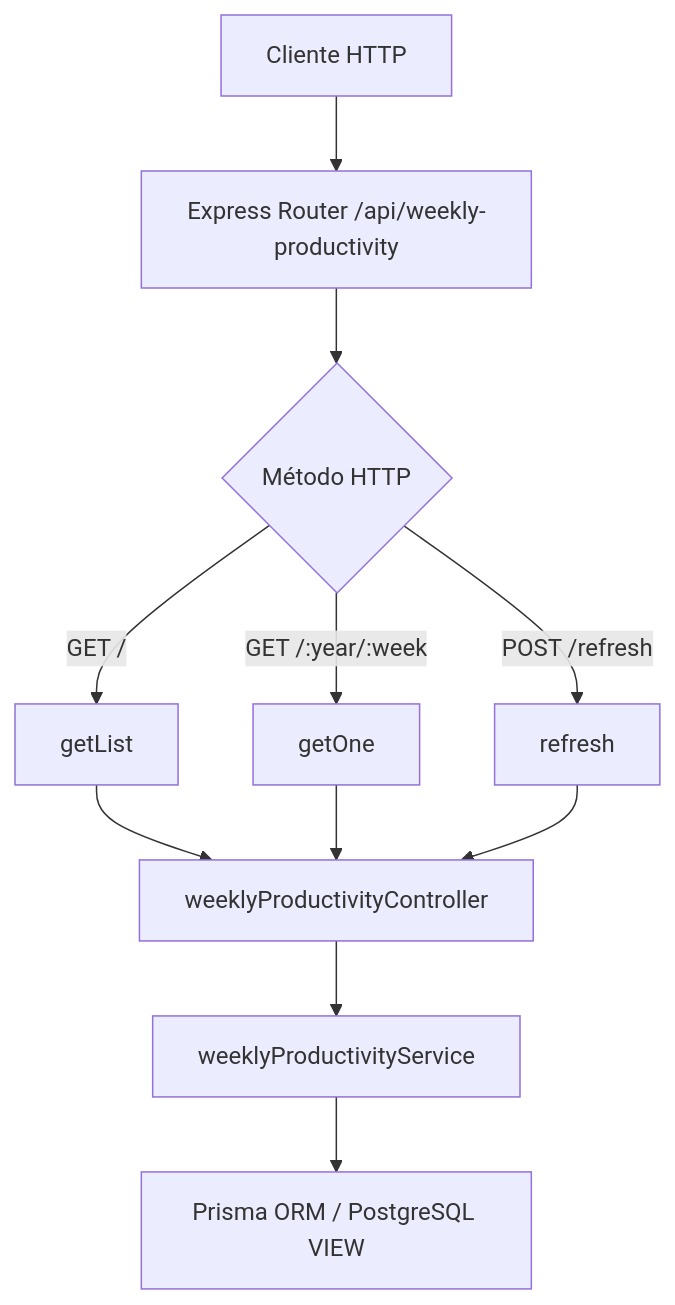
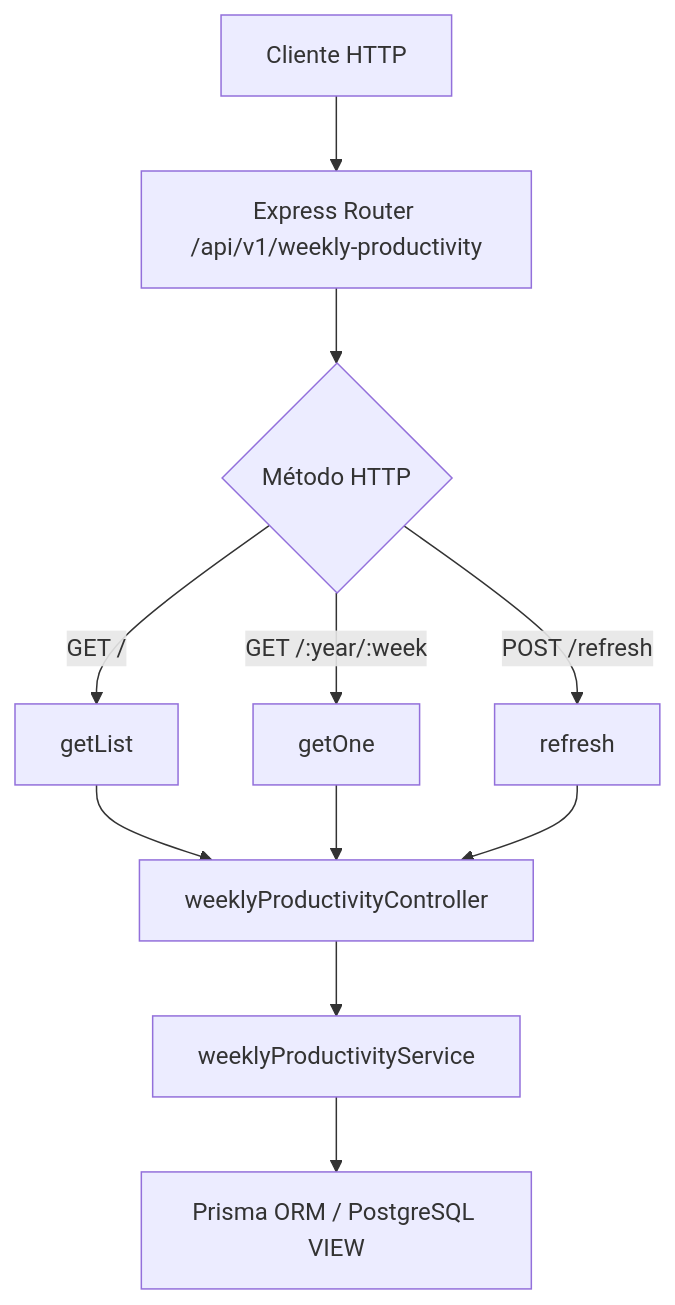
Before and after one commit to Syntel-Labs/study-task-insights: the diagram in docs/code/server/routes/weeklyProductivityRoutes.md, drawn with Mermaid. The commit also changed other lines of this file and 29 other files, not shown here.

````diff
--- a/docs/code/server/routes/weeklyProductivityRoutes.md
+++ b/docs/code/server/routes/weeklyProductivityRoutes.md
@@ -21,11 +21,11 @@
 ```mermaid
 flowchart TD
-    A[Cliente HTTP] --> B[Express Router /api/weekly-productivity]
+    A[Cliente HTTP] --> B[Express Router /api/v1/weekly-productivity]
     B --> C{Método HTTP}
     C -->|GET /| D[getList]
     C -->|GET /:year/:week| E[getOne]
     C -->|POST /refresh| F[refresh]
     D & E & F --> G[weeklyProductivityController]
     G --> H[weeklyProductivityService]
     H --> I[Prisma ORM / PostgreSQL VIEW]
 ```
````
